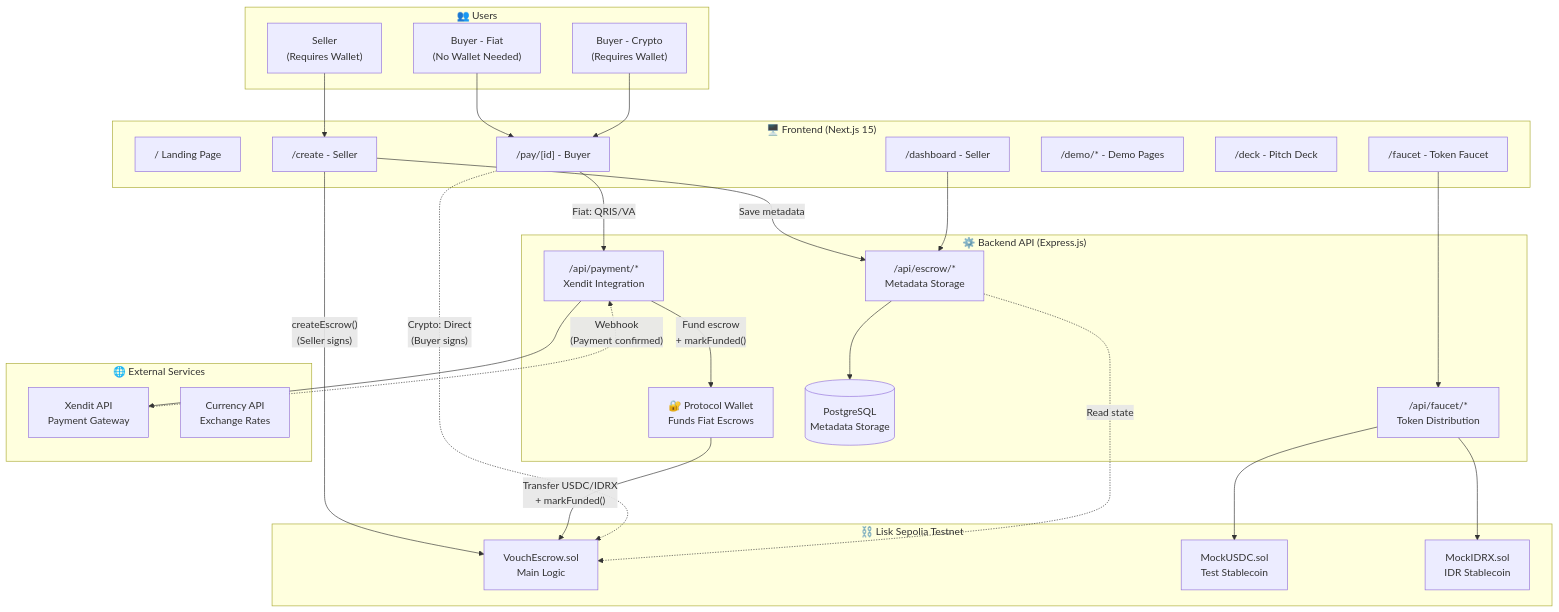
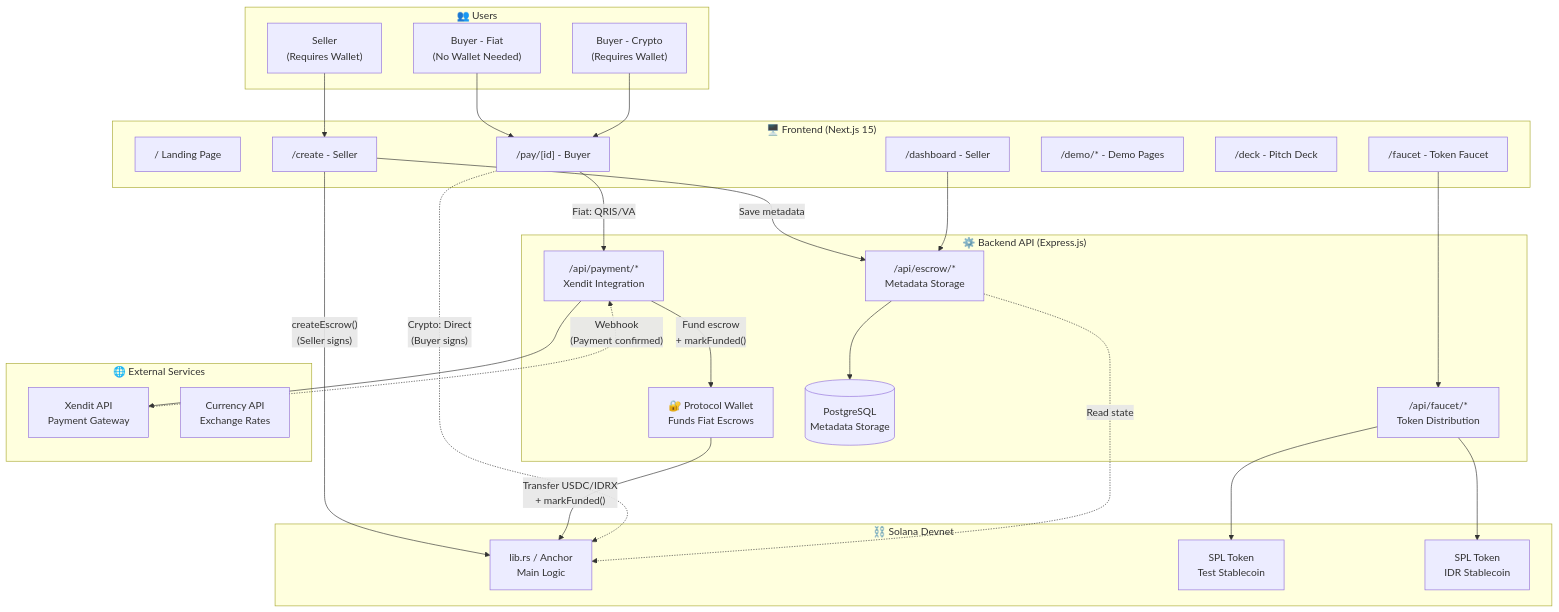
Before and after one commit to pramadanif/vouch-sol: the first of 4 diagrams in vouch/README.md, drawn with Mermaid. The commit also changed other lines of this file and 17 other files, not shown here.

Commit message:
feat: migrate project architecture and documentation from Lisk to Solana

````diff
--- a/vouch/README.md
+++ b/vouch/README.md
@@ -128,63 +128,63 @@
 ```mermaid
 graph TB
     subgraph Users["👥 Users"]
         Seller["Seller<br/>(Requires Wallet)"]
         BuyerFiat["Buyer - Fiat<br/>(No Wallet Needed)"]
         BuyerCrypto["Buyer - Crypto<br/>(Requires Wallet)"]
     end
 
     subgraph Frontend["🖥️ Frontend (Next.js 15)"]
         Landing["/ Landing Page"]
         Create["/create - Seller"]
         Pay["/pay/[id] - Buyer"]
         Dashboard["/dashboard - Seller"]
         Demo["/demo/* - Demo Pages"]
         Deck["/deck - Pitch Deck"]
         Faucet["/faucet - Token Faucet"]
     end
 
     subgraph Backend["⚙️ Backend API (Express.js)"]
         EscrowRoutes["/api/escrow/*<br/>Metadata Storage"]
         PaymentRoutes["/api/payment/*<br/>Xendit Integration"]
         FaucetRoutes["/api/faucet/*<br/>Token Distribution"]
         Prisma[(PostgreSQL<br/>Metadata Storage)]
         HotWallet["🔐 Protocol Wallet<br/>Funds Fiat Escrows"]
     end
 
-    subgraph Blockchain["⛓️ Lisk Sepolia Testnet"]
-        VouchEscrow["VouchEscrow.sol<br/>Main Logic"]
-        MockUSDC["MockUSDC.sol<br/>Test Stablecoin"]
-        MockIDRX["MockIDRX.sol<br/>IDR Stablecoin"]
+    subgraph Blockchain["⛓️ Solana Devnet"]
+        VouchEscrow["lib.rs / Anchor<br/>Main Logic"]
+        MockUSDC["SPL Token<br/>Test Stablecoin"]
+        MockIDRX["SPL Token<br/>IDR Stablecoin"]
     end
 
     subgraph External["🌐 External Services"]
         Xendit["Xendit API<br/>Payment Gateway"]
         Currency["Currency API<br/>Exchange Rates"]
     end
 
     Seller --> Create
     BuyerFiat --> Pay
     BuyerCrypto --> Pay
     
     %% Seller creates escrow directly on-chain
     Create -->|"createEscrow()<br/>(Seller signs)"| VouchEscrow
     Create -->|"Save metadata"| EscrowRoutes
     EscrowRoutes --> Prisma
     
     %% Fiat payment flow (QRIS/VA - no wallet)
     Pay -->|"Fiat: QRIS/VA"| PaymentRoutes
     PaymentRoutes --> Xendit
     Xendit -."Webhook<br/>(Payment confirmed)".-> PaymentRoutes
     PaymentRoutes -->|"Fund escrow<br/>+ markFunded()"| HotWallet
     HotWallet -->|"Transfer USDC/IDRX<br/>+ markFunded()"| VouchEscrow
     
     %% Crypto payment flow (direct - requires wallet)
     Pay -."Crypto: Direct<br/>(Buyer signs)"..-> VouchEscrow
     
     Dashboard --> EscrowRoutes
     Faucet --> FaucetRoutes
     FaucetRoutes --> MockUSDC
     FaucetRoutes --> MockIDRX
     
     EscrowRoutes -."Read state".-> VouchEscrow
 ```
````
